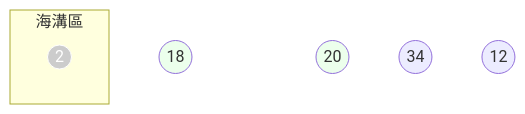
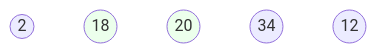
One commit to ianchen0419/cpp-leetcode changed the fourth of 20 diagrams in Bubble Sorting.md. Above: the diagram before and after it, drawn with Mermaid. The commit also changed other lines of this file, not shown here.

````diff
--- a/Bubble Sorting.md
+++ b/Bubble Sorting.md
@@ -70,19 +55,14 @@
 ```mermaid
 flowchart
-
-    subgraph 海溝區
-        f((2)):::disabled
-    end
-    
-    a((18)):::green
-    b((2)):::clear
+    a((2))
+    b((18)):::green
     c((20)):::green
     d((34))
     e((12))
     
     classDef clear opacity:0
     
     classDef orange fill:#f96,stroke:#f66
     classDef green fill:#ecffec
     classDef disabled fill:#ccc,stroke:#fff,color:#fff
 ```
````
